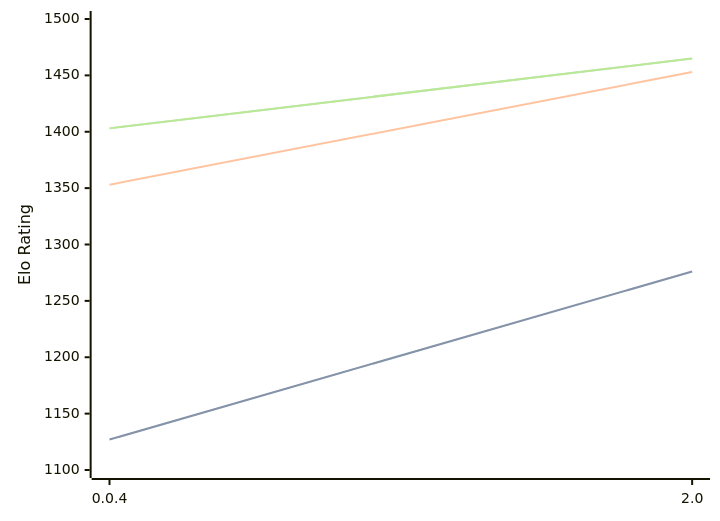
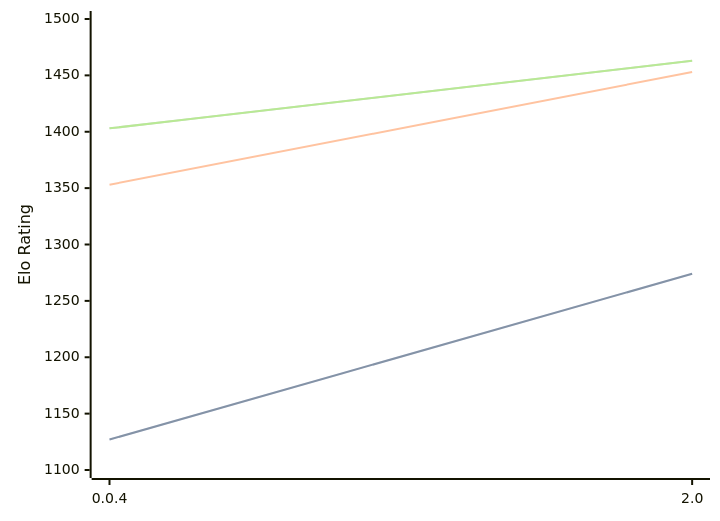
The diagram in engines/Oops!Mate.md (computer-chess-index/cci), drawn with Mermaid before and after one commit. The commit also changed other lines of this file, not shown here.

Commit message:
Update CCI Ratings (ELO VLTC) - 2026-07-27

````diff
--- a/engines/Oops!Mate.md
+++ b/engines/Oops!Mate.md
@@ -52,11 +52,11 @@
 ```mermaid
 %%{init: {"theme":"base","themeVariables":{"seriesColors:['#a3a3a3','#222221','#faa371']}}}%%
 xychart-beta
   x-axis ["0.0.4", "2.0"]
   y-axis "Elo Rating" 1100 --> 1500
-  line "STC (8.0+0.08s)" [1127, 1276]
-  line "STC (8.0+0.08s)" [1127, 1276]
+  line "STC (8.0+0.08s)" [1127, 1274]
+  line "STC (8.0+0.08s)" [1127, 1274]
   line "LTC (60.0+0.60s)" [1353, 1453]
-  line "VLTC (2m24s+1.12s)" [1403, 1465]
-  line "VLTC (2m24s+1.12s)" [1403, 1465]
+  line "VLTC (2m24s+1.12s)" [1403, 1463]
+  line "VLTC (2m24s+1.12s)" [1403, 1463]
 ```
````
